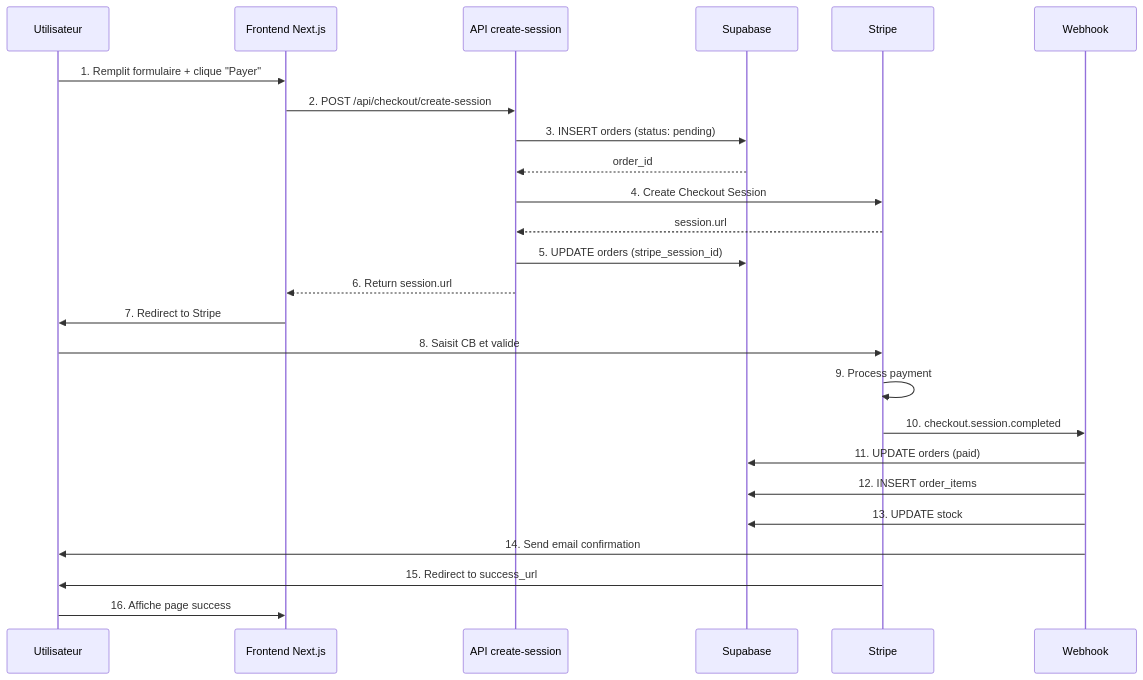
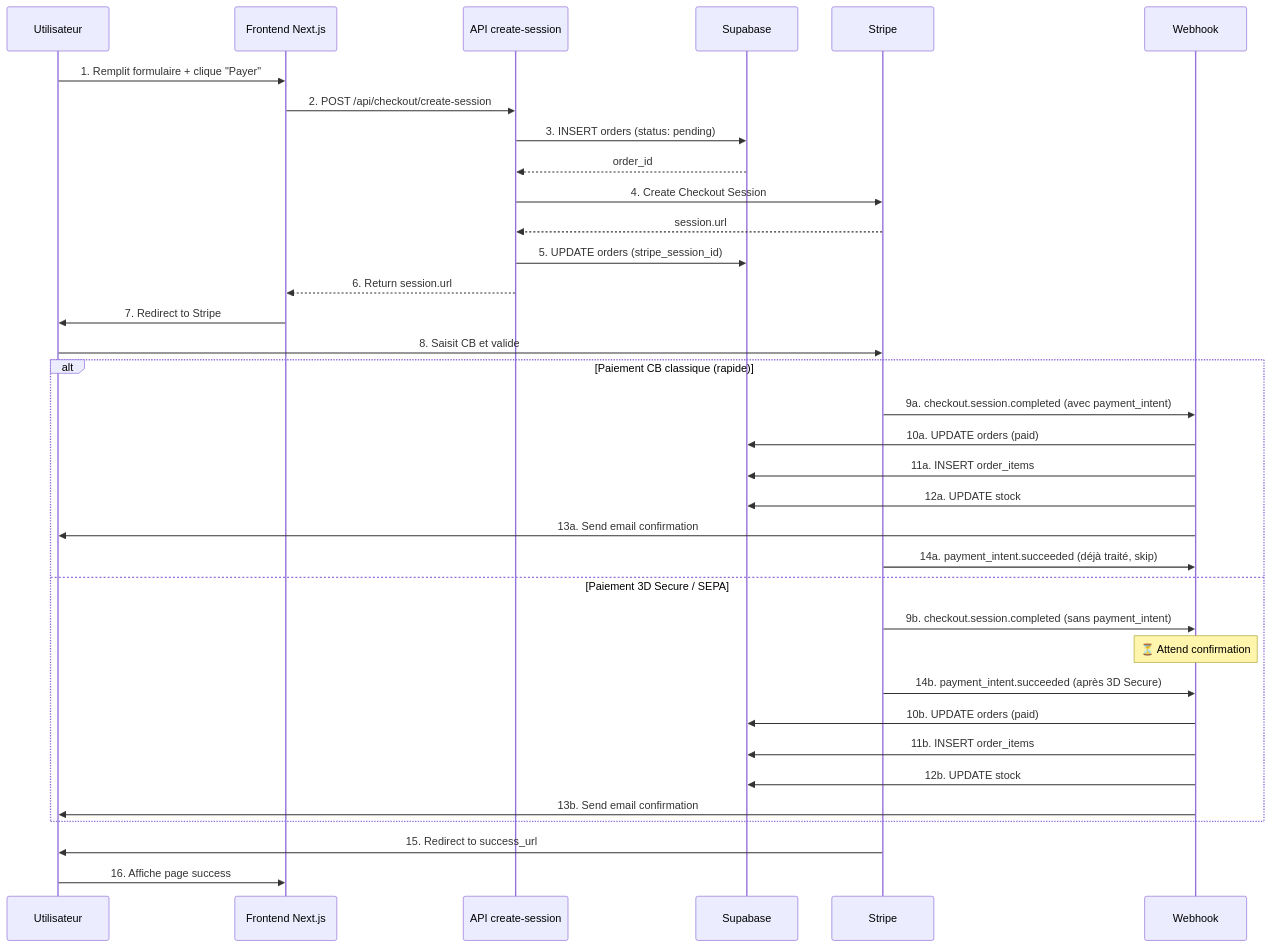
One commit to Sainthilaire-thomas/site_V1_next changed the diagram in docs/implementation_stripe_checkout_avec_supabase.md. Above: the diagram before and after it, drawn with Mermaid. The commit also changed other lines of this file and 3 other files, not shown here.

````diff
--- a/docs/implementation_stripe_checkout_avec_supabase.md
+++ b/docs/implementation_stripe_checkout_avec_supabase.md
@@ -33,28 +132,40 @@
 ```mermaid
 sequenceDiagram
-participant U as Utilisateur
-participant F as Frontend Next.js
-participant A as API create-session
-participant S as Supabase
-participant ST as Stripe
-participant W as Webhook
+    participant U as Utilisateur
+    participant F as Frontend Next.js
+    participant A as API create-session
+    participant S as Supabase
+    participant ST as Stripe
+    participant W as Webhook
 
     U->>F: 1. Remplit formulaire + clique "Payer"
     F->>A: 2. POST /api/checkout/create-session
     A->>S: 3. INSERT orders (status: pending)
     S-->>A: order_id
     A->>ST: 4. Create Checkout Session
     ST-->>A: session.url
     A->>S: 5. UPDATE orders (stripe_session_id)
     A-->>F: 6. Return session.url
     F->>U: 7. Redirect to Stripe
     U->>ST: 8. Saisit CB et valide
-    ST->>ST: 9. Process payment
-    ST->>W: 10. checkout.session.completed
-    W->>S: 11. UPDATE orders (paid)
-    W->>S: 12. INSERT order_items
-    W->>S: 13. UPDATE stock
-    W->>U: 14. Send email confirmation
+  
+    alt Paiement CB classique (rapide)
+        ST->>W: 9a. checkout.session.completed (avec payment_intent)
+        W->>S: 10a. UPDATE orders (paid)
+        W->>S: 11a. INSERT order_items
+        W->>S: 12a. UPDATE stock
+        W->>U: 13a. Send email confirmation
+        ST->>W: 14a. payment_intent.succeeded (déjà traité, skip)
+    else Paiement 3D Secure / SEPA
+        ST->>W: 9b. checkout.session.completed (sans payment_intent)
+        Note over W: ⏳ Attend confirmation
+        ST->>W: 14b. payment_intent.succeeded (après 3D Secure)
+        W->>S: 10b. UPDATE orders (paid)
+        W->>S: 11b. INSERT order_items
+        W->>S: 12b. UPDATE stock
+        W->>U: 13b. Send email confirmation
+    end
+  
     ST->>U: 15. Redirect to success_url
     U->>F: 16. Affiche page success
 ```
````
